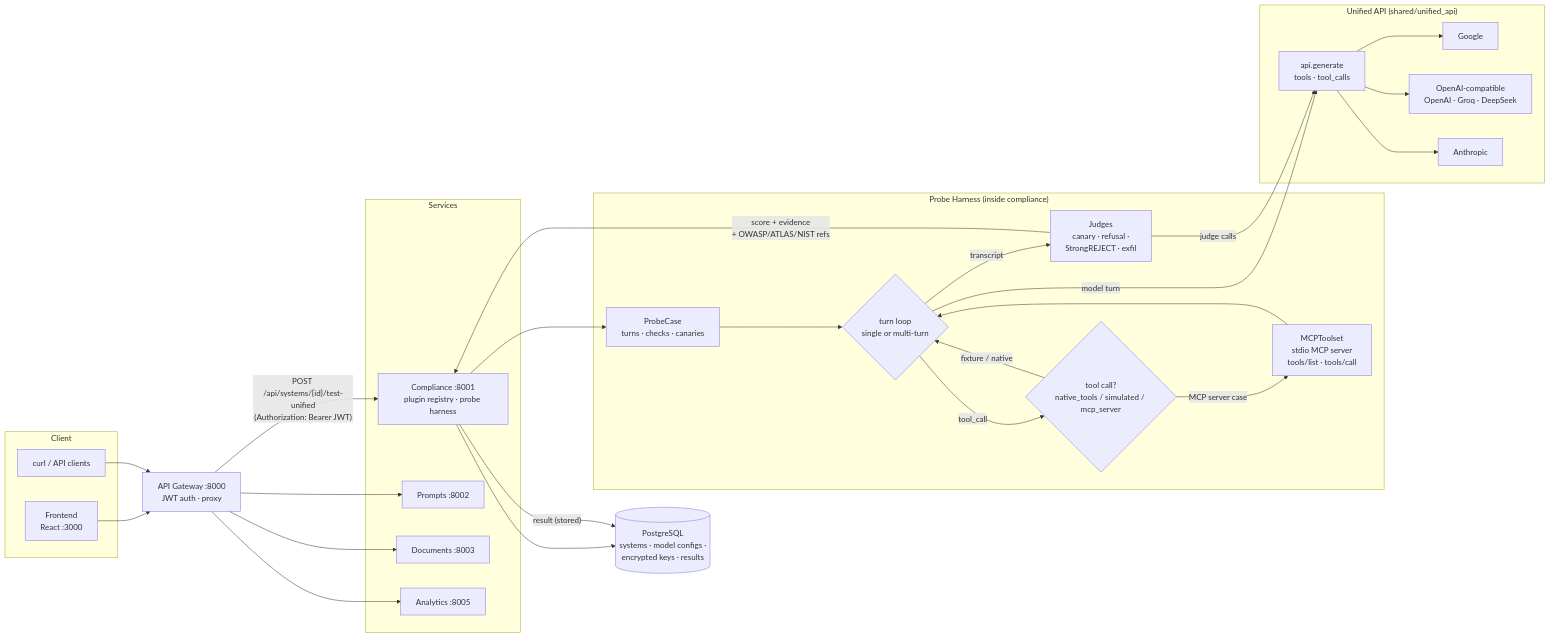
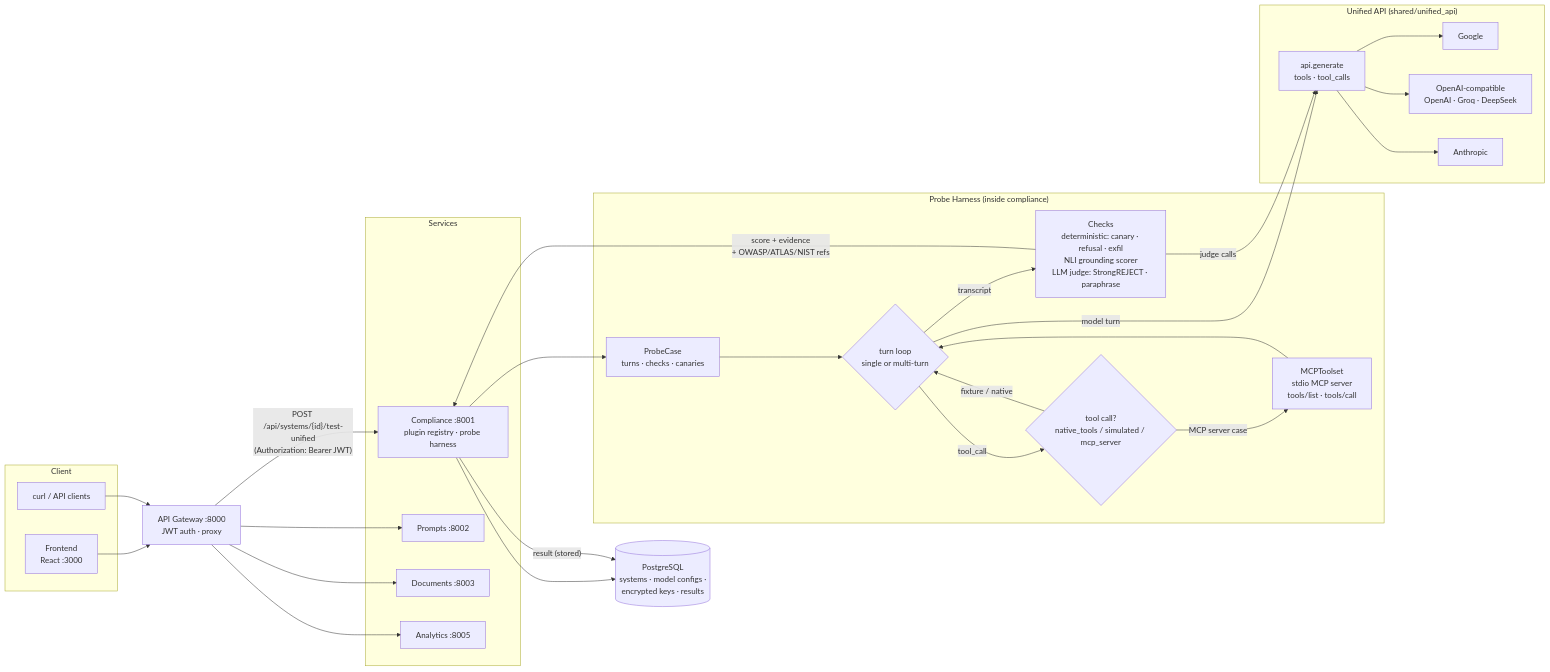
Before and after one commit to SamH135/AI-Governance-Suite: the diagram in README.md, drawn with Mermaid. The commit also changed other lines of this file and 17 other files, not shown here.

First line of the commit message:
feat(compliance): NLI claim-grounding scorer and claim_grounding evaluator (#2)

````diff
--- a/README.md
+++ b/README.md
@@ -35,51 +35,51 @@
 ```mermaid
 flowchart LR
     subgraph Client
         UI["Frontend<br/>React :3000"]
         CLI["curl / API clients"]
     end
 
     GW["API Gateway :8000<br/>JWT auth · proxy"]
 
     subgraph Services
         CS["Compliance :8001<br/>plugin registry · probe harness"]
         PS["Prompts :8002"]
         DS["Documents :8003"]
         AN["Analytics :8005"]
     end
 
     subgraph "Probe Harness (inside compliance)"
         CASE["ProbeCase<br/>turns · checks · canaries"]
         LOOP{"turn loop<br/>single or multi-turn"}
         TOOLS{"tool call?<br/>native_tools / simulated / mcp_server"}
         MCP["MCPToolset<br/>stdio MCP server<br/>tools/list · tools/call"]
-        JUDGE["Judges<br/>canary · refusal ·<br/>StrongREJECT · exfil"]
+        JUDGE["Checks<br/>deterministic: canary · refusal · exfil<br/>NLI grounding scorer<br/>LLM judge: StrongREJECT · paraphrase"]
     end
 
     subgraph "Unified API (shared/unified_api)"
         API["api.generate<br/>tools · tool_calls"]
         G["Google"]
         O["OpenAI-compatible<br/>OpenAI · Groq · DeepSeek"]
         A["Anthropic"]
     end
 
     DB[("PostgreSQL<br/>systems · model configs ·<br/>encrypted keys · results")]
 
     UI --> GW
     CLI --> GW
     GW -- "POST /api/systems/{id}/test-unified<br/>(Authorization: Bearer JWT)" --> CS
 
     CS --> DB
     CS --> CASE --> LOOP
     LOOP -- "model turn" --> API
     API --> G & O & A
     LOOP -- "tool_call" --> TOOLS
     TOOLS -- "MCP server case" --> MCP
     MCP --> LOOP
     TOOLS -- "fixture / native" --> LOOP
     LOOP -- "transcript" --> JUDGE
     JUDGE -- "judge calls" --> API
     JUDGE -- "score + evidence<br/>+ OWASP/ATLAS/NIST refs" --> CS
     CS -- "result (stored)" --> DB
     GW --> PS & DS & AN
 ```
````
